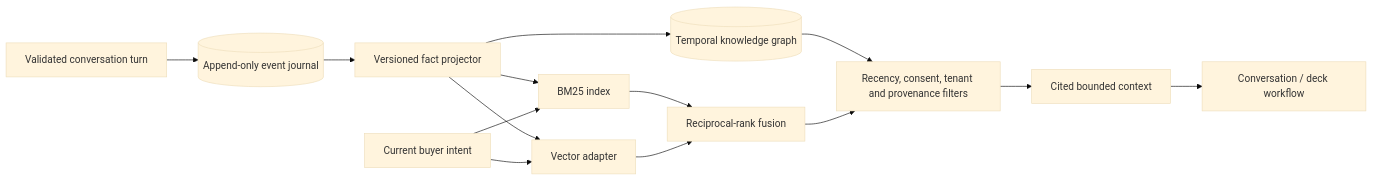
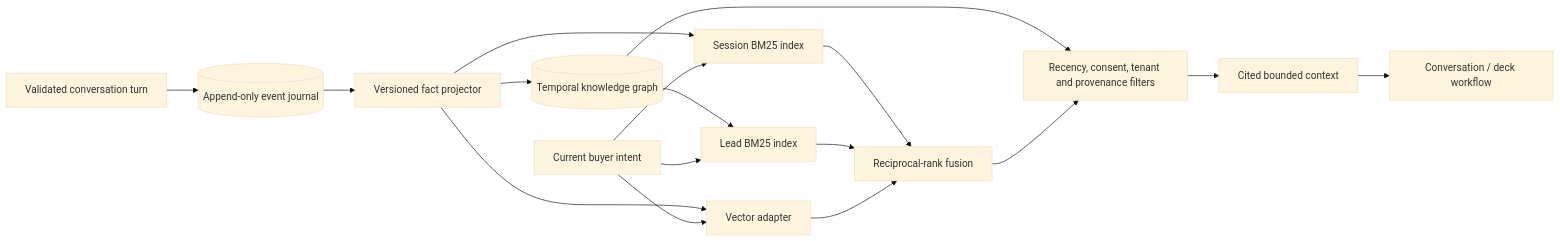
The sixth of 7 diagrams in docs/ARCHITECTURE.md (ishu-dvd/pitchBot), drawn with Mermaid (base theme) before and after one commit. The commit also changed other lines of this file and 15 other files, not shown here.

Commit message:
Add graph-aware lead retrieval

````diff
--- a/docs/ARCHITECTURE.md
+++ b/docs/ARCHITECTURE.md
@@ -222,16 +222,19 @@
 ```mermaid
 flowchart LR
     Turn[Validated conversation turn] --> Journal[(Append-only event journal)]
     Journal --> Facts[Versioned fact projector]
     Facts --> Graph[(Temporal knowledge graph)]
-    Facts --> Lexical[BM25 index]
+    Facts --> SessionLexical[Session BM25 index]
+    Graph --> LeadLexical[Lead BM25 index]
     Facts --> Vector[Vector adapter]
-    Query[Current buyer intent] --> Lexical
+    Query[Current buyer intent] --> SessionLexical
+    Query --> LeadLexical
     Query --> Vector
-    Lexical --> Fusion[Reciprocal-rank fusion]
+    SessionLexical --> Fusion[Reciprocal-rank fusion]
+    LeadLexical --> Fusion
     Vector --> Fusion
     Graph --> Filter[Recency, consent, tenant and provenance filters]
     Fusion --> Filter
     Filter --> Context[Cited bounded context]
     Context --> Conversation[Conversation / deck workflow]
 ```
````
